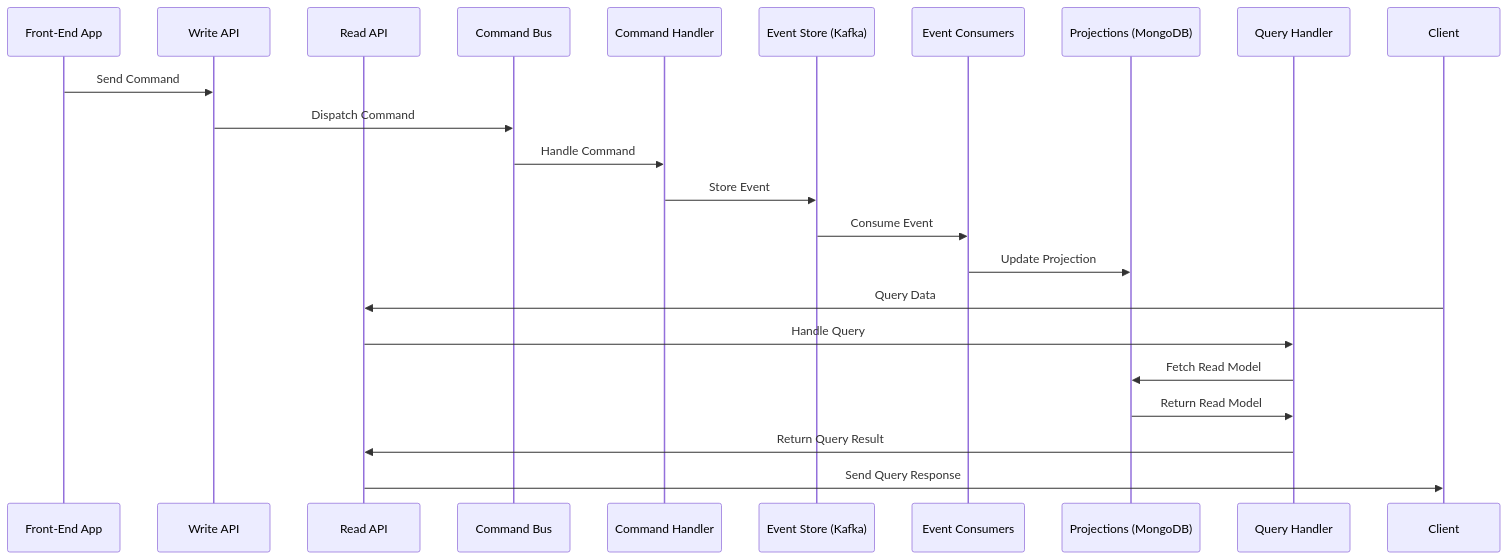
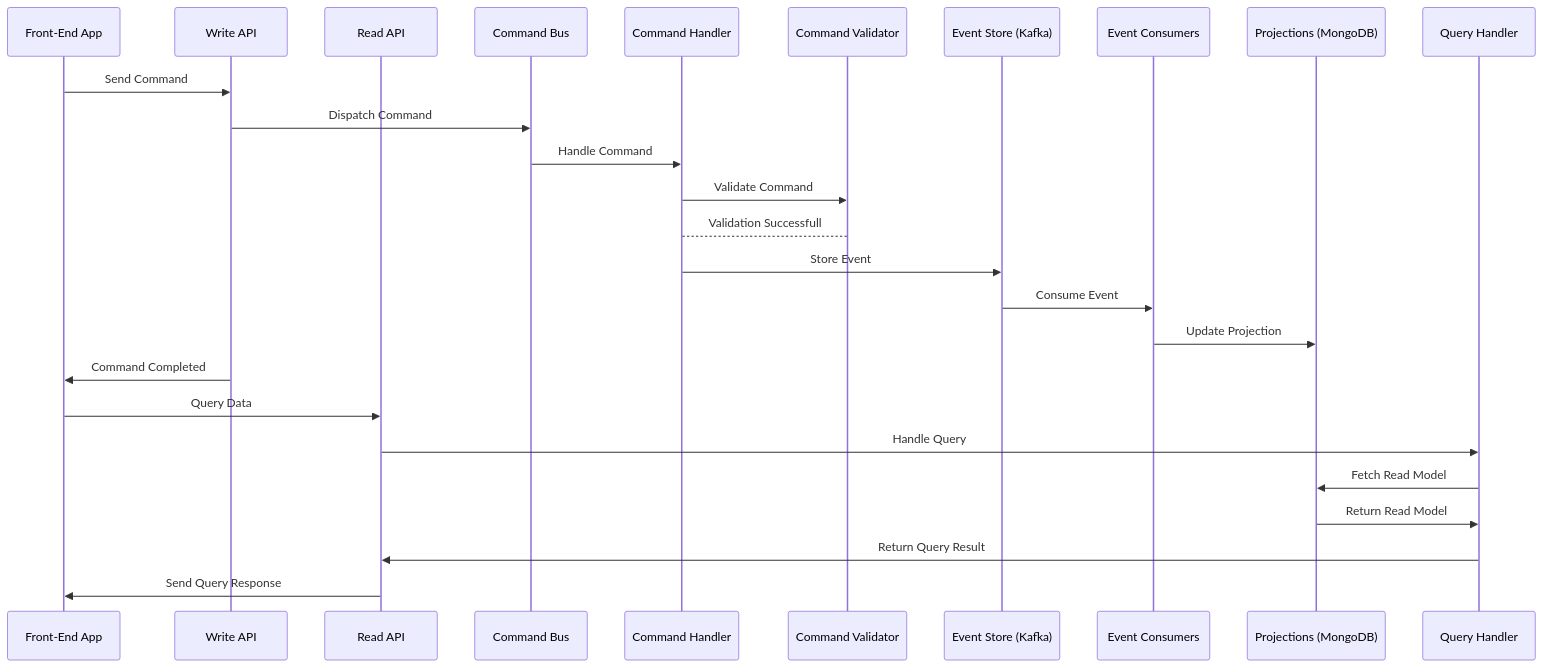
The diagram in diagram/Flow.md (staruser143/Technology-Talks), drawn with Mermaid before and after one commit.

````diff
--- a/diagram/Flow.md
+++ b/diagram/Flow.md
@@ -1,27 +1,32 @@
 ```mermaid
 sequenceDiagram
     participant User as Front-End App
     participant WriteAPI as Write API
     participant ReadAPI as Read API
     participant CB as Command Bus
     participant CH as Command Handler
+    participant CV as Command Validator
     participant ES as Event Store (Kafka)
     participant EC as Event Consumers
     participant P as Projections (MongoDB)
     participant Q as Query Handler
-    participant Client as Client
+  
 
     User->>WriteAPI: Send Command
     WriteAPI->>CB: Dispatch Command
     CB->>CH: Handle Command
+    CH->>CV: Validate Command
+    CV-->CH: Validation Successfull
     CH->>ES: Store Event
     ES->>EC: Consume Event
     EC->>P: Update Projection
+    WriteAPI->>User: Command Completed
 
-    Client->>ReadAPI: Query Data
+    User->>ReadAPI: Query Data
     ReadAPI->>Q: Handle Query
     Q->>P: Fetch Read Model
     P->>Q: Return Read Model
     Q->>ReadAPI: Return Query Result
-    ReadAPI->>Client: Send Query Response
+    ReadAPI->>User: Send Query Response
+
 ```
````
